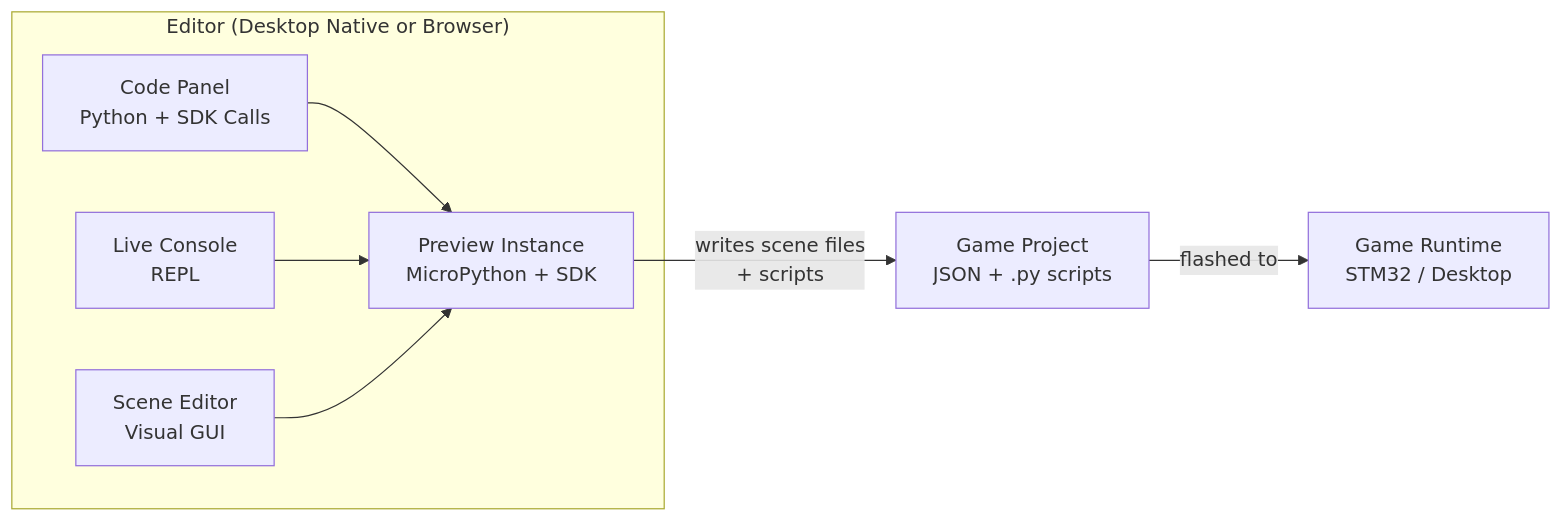
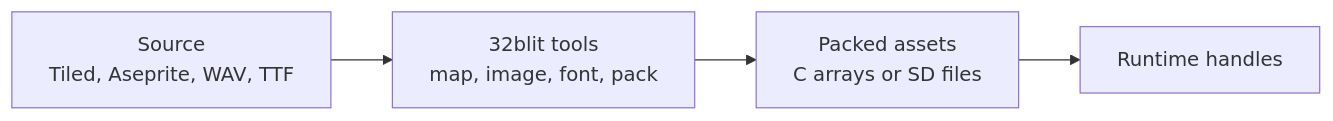
One commit to Schulich-Press-Start/console changed the fourth of 4 diagrams in ARCHITECTURE_PROPOSAL.md. Above: the diagram before and after it, drawn with Mermaid. The commit also changed other lines of this file, not shown here.

Commit message:
Rework architecture proposal around C++ 32blit core, Zephyr port and editor actions

````diff
--- a/ARCHITECTURE_PROPOSAL.md
+++ b/ARCHITECTURE_PROPOSAL.md
@@ -213,10 +280,4 @@
 ```mermaid
 flowchart LR
-    subgraph Editor["Editor (Desktop Native or Browser)"]
-        CodePanel["Code Panel<br>Python + SDK Calls"] --> Preview["Preview Instance<br>MicroPython + SDK"]
-        REPL["Live Console<br>REPL"] --> Preview
-        SceneEd["Scene Editor<br>Visual GUI"] --> Preview
-    end
-    Preview -->|"writes scene files<br>+ scripts"| GameProject["Game Project<br>JSON + .py scripts"]
-    GameProject -->|"flashed to"| Game["Game Runtime<br>STM32 / Desktop"]
+    Src["Source<br>Tiled, Aseprite, WAV, TTF"] --> Tools["32blit tools<br>map, image, font, pack"] --> Out["Packed assets<br>C arrays or SD files"] --> Load["Runtime handles"]
 ```
````
